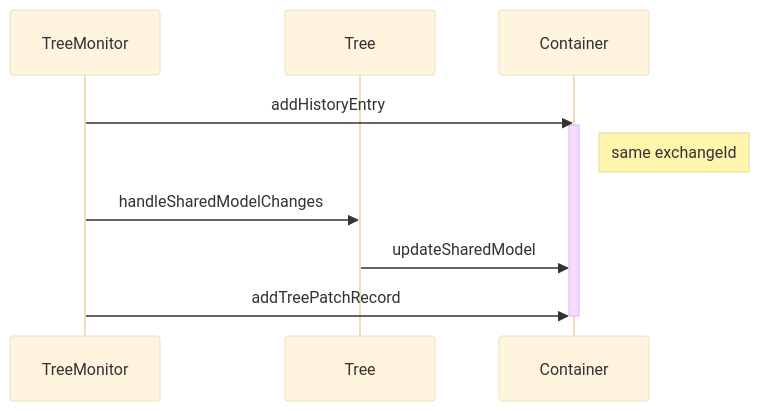
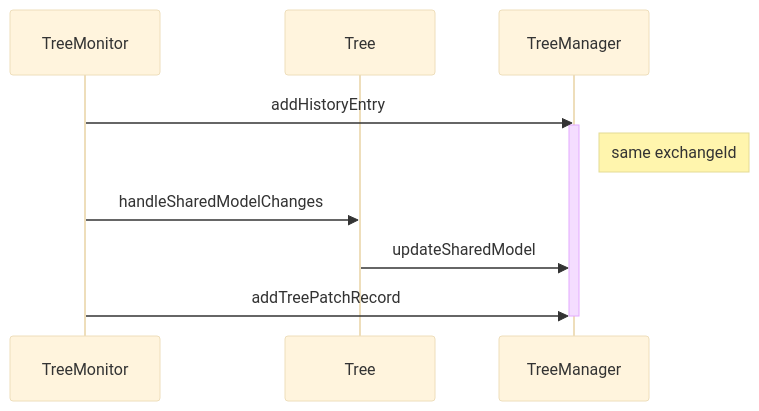
The fifth of 6 diagrams in docs/history-framework.md (concord-consortium/collaborative-learning), drawn with Mermaid (base theme) before and after one commit. The commit also changed other lines of this file and 8 other files, not shown here.

Commit message:
rename container to tree manager

````diff
--- a/docs/history-framework.md
+++ b/docs/history-framework.md
@@ -163,13 +156,13 @@
 ```mermaid
 sequenceDiagram
   participant TreeMonitor
   participant Tree
-  participant Container
-  TreeMonitor->>Container: addHistoryEntry
-  activate Container
-  Note right of Container: same exchangeId 
+  participant TreeManager
+  TreeMonitor->>TreeManager: addHistoryEntry
+  activate TreeManager
+  Note right of TreeManager: same exchangeId 
   TreeMonitor->>Tree: handleSharedModelChanges
-  Tree->>Container: updateSharedModel
-  TreeMonitor->>Container: addTreePatchRecord
-  deactivate Container
+  Tree->>TreeManager: updateSharedModel
+  TreeMonitor->>TreeManager: addTreePatchRecord
+  deactivate TreeManager
 ```
````
